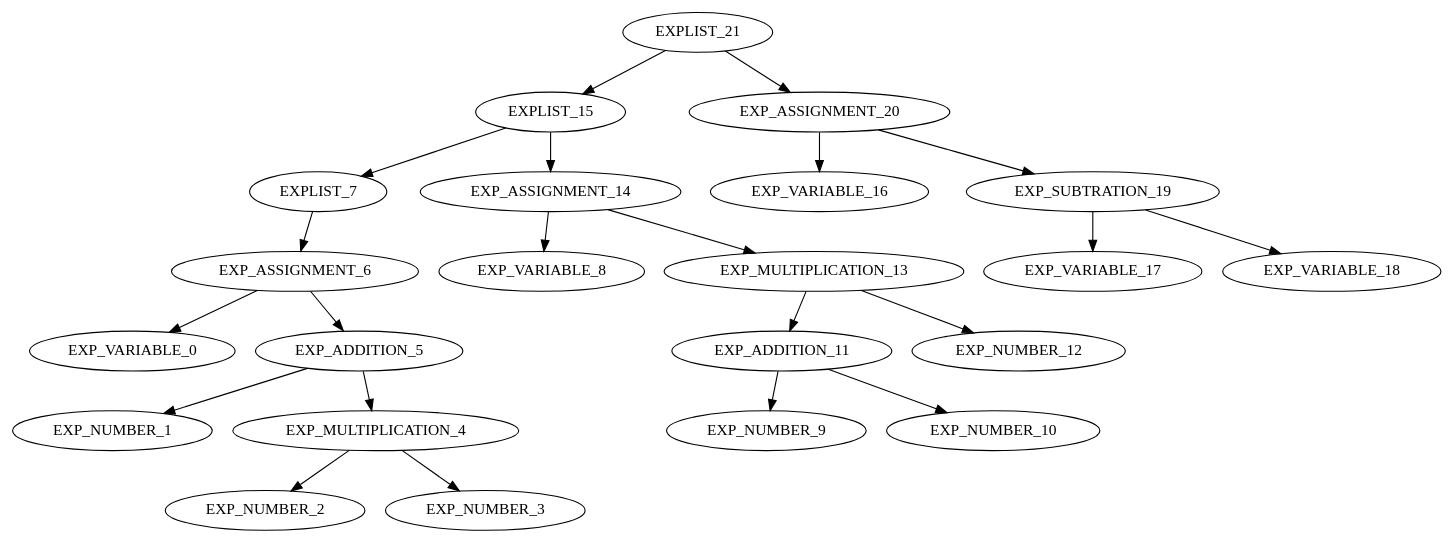
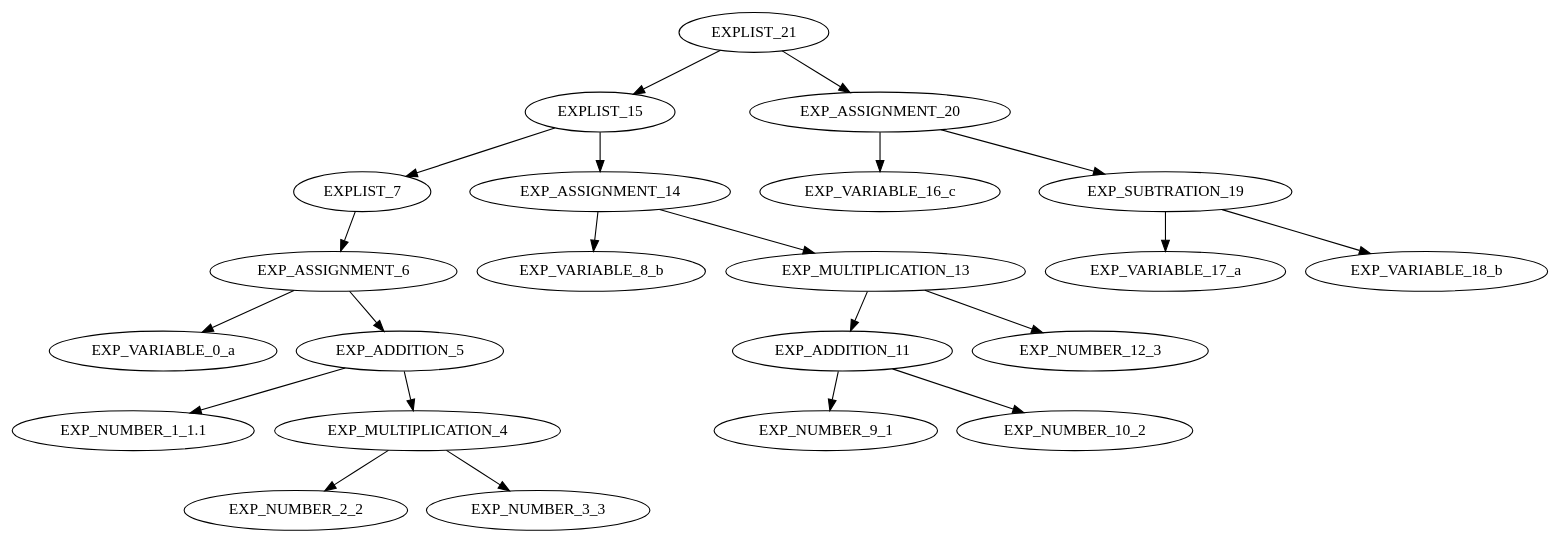
One commit to dhmhgreCompilers1/AdvancedCalculator changed the diagram in AdvancedCalculator/ST.dot. Above: the diagram before and after it, drawn with Graphviz. The commit also changed 6 other files, not shown here.

```diff
--- a/AdvancedCalculator/ST.dot
+++ b/AdvancedCalculator/ST.dot
@@ -1,23 +1,23 @@
 digraph G{
 "EXPLIST_21"->"EXPLIST_15";
 "EXPLIST_15"->"EXPLIST_7";
 "EXPLIST_7"->"EXP_ASSIGNMENT_6";
-"EXP_ASSIGNMENT_6"->"EXP_VARIABLE_0";
+"EXP_ASSIGNMENT_6"->"EXP_VARIABLE_0_a";
 "EXP_ASSIGNMENT_6"->"EXP_ADDITION_5";
-"EXP_ADDITION_5"->"EXP_NUMBER_1";
+"EXP_ADDITION_5"->"EXP_NUMBER_1_1.1";
 "EXP_ADDITION_5"->"EXP_MULTIPLICATION_4";
-"EXP_MULTIPLICATION_4"->"EXP_NUMBER_2";
-"EXP_MULTIPLICATION_4"->"EXP_NUMBER_3";
+"EXP_MULTIPLICATION_4"->"EXP_NUMBER_2_2";
+"EXP_MULTIPLICATION_4"->"EXP_NUMBER_3_3";
 "EXPLIST_15"->"EXP_ASSIGNMENT_14";
-"EXP_ASSIGNMENT_14"->"EXP_VARIABLE_8";
+"EXP_ASSIGNMENT_14"->"EXP_VARIABLE_8_b";
 "EXP_ASSIGNMENT_14"->"EXP_MULTIPLICATION_13";
 "EXP_MULTIPLICATION_13"->"EXP_ADDITION_11";
-"EXP_ADDITION_11"->"EXP_NUMBER_9";
-"EXP_ADDITION_11"->"EXP_NUMBER_10";
-"EXP_MULTIPLICATION_13"->"EXP_NUMBER_12";
+"EXP_ADDITION_11"->"EXP_NUMBER_9_1";
+"EXP_ADDITION_11"->"EXP_NUMBER_10_2";
+"EXP_MULTIPLICATION_13"->"EXP_NUMBER_12_3";
 "EXPLIST_21"->"EXP_ASSIGNMENT_20";
-"EXP_ASSIGNMENT_20"->"EXP_VARIABLE_16";
+"EXP_ASSIGNMENT_20"->"EXP_VARIABLE_16_c";
 "EXP_ASSIGNMENT_20"->"EXP_SUBTRATION_19";
-"EXP_SUBTRATION_19"->"EXP_VARIABLE_17";
-"EXP_SUBTRATION_19"->"EXP_VARIABLE_18";
+"EXP_SUBTRATION_19"->"EXP_VARIABLE_17_a";
+"EXP_SUBTRATION_19"->"EXP_VARIABLE_18_b";
 }
```
